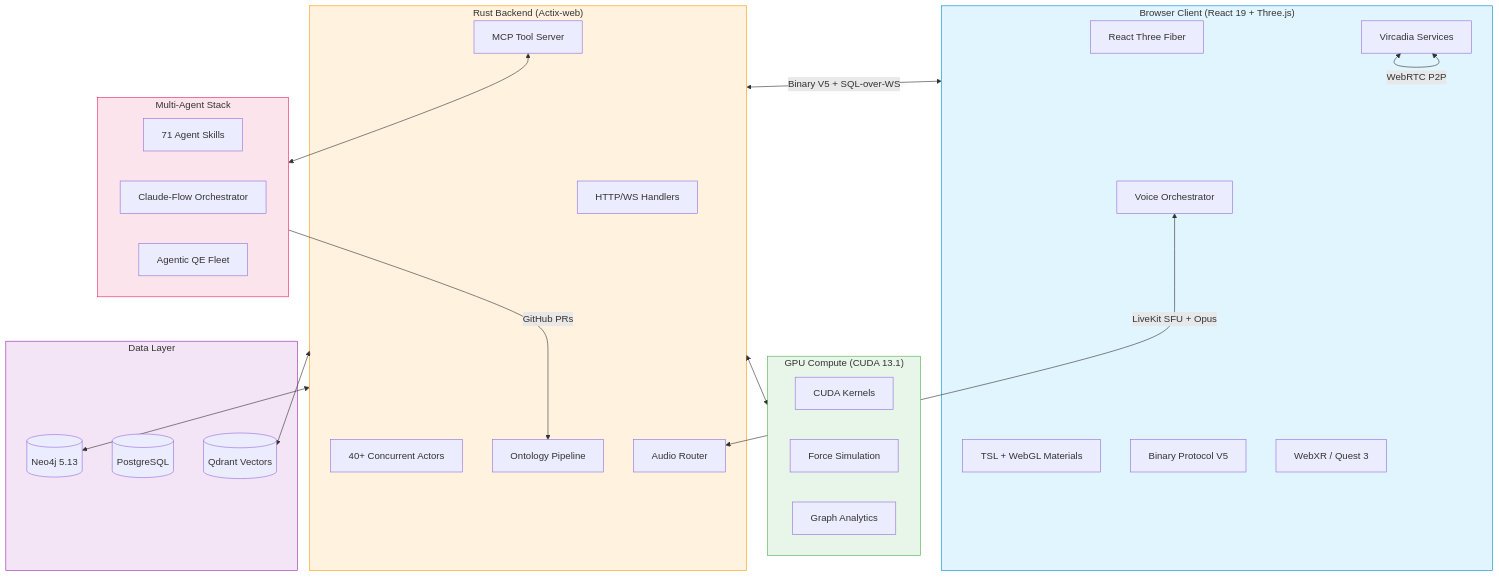
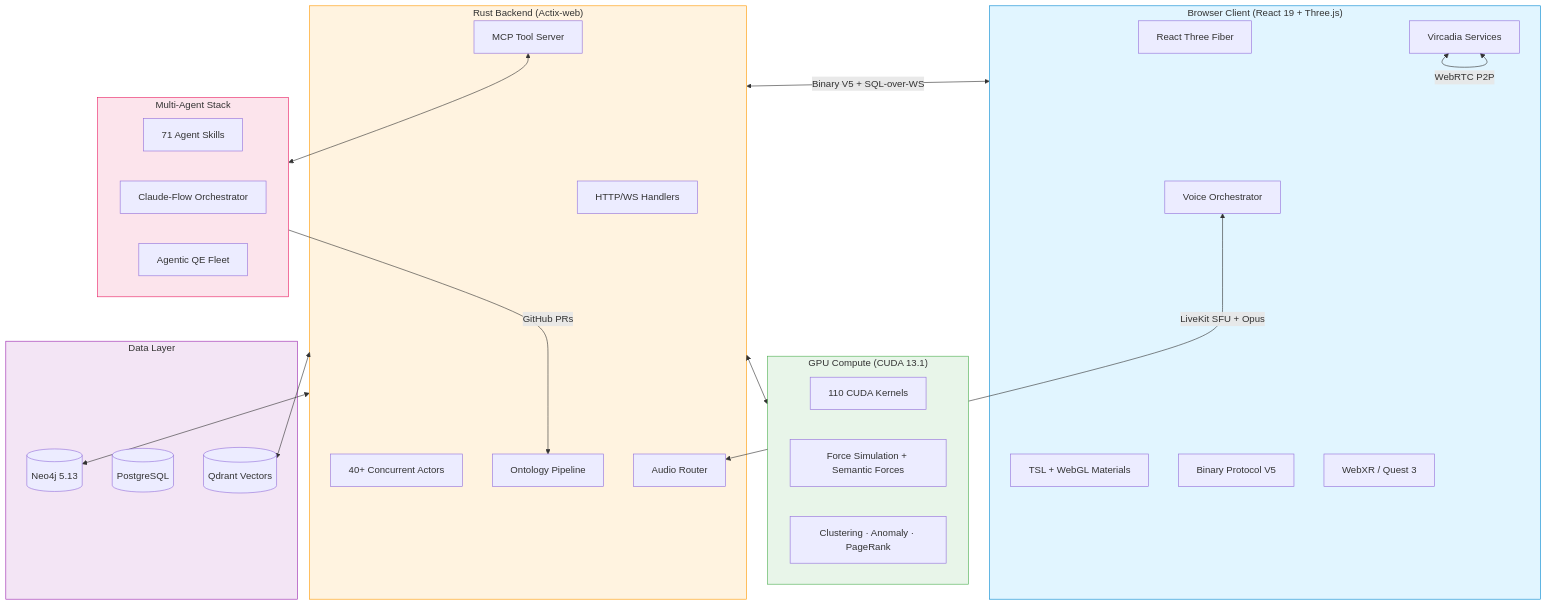
One commit to shaneholloman/logseq-spring-thing changed the third of 4 diagrams in README.md. Above: the diagram before and after it, drawn with Mermaid. The commit also changed other lines of this file, not shown here.

First line of the commit message:
Update README: 110 CUDA kernels verified, GPU analytics pipeline documented

````diff
--- a/README.md
+++ b/README.md
@@ -387,52 +388,52 @@
 ```mermaid
 flowchart TB
     subgraph Client["Browser Client (React 19 + Three.js)"]
         R3F["React Three Fiber"]
         Materials["TSL + WebGL Materials"]
         BinProto["Binary Protocol V5"]
         Voice["Voice Orchestrator"]
         XR["WebXR / Quest 3"]
         Vircadia["Vircadia Services"]
     end
 
     subgraph Server["Rust Backend (Actix-web)"]
         Handlers["HTTP/WS Handlers"]
         Actors["40+ Concurrent Actors"]
         Services["Ontology Pipeline"]
         AudioRouter["Audio Router"]
         MCP["MCP Tool Server"]
     end
 
     subgraph Data["Data Layer"]
         Neo4j[(Neo4j 5.13)]
         PG[(PostgreSQL)]
         Qdrant[(Qdrant Vectors)]
     end
 
     subgraph GPU["GPU Compute (CUDA 13.1)"]
-        Kernels["CUDA Kernels"]
-        Physics["Force Simulation"]
-        Analytics["Graph Analytics"]
+        Kernels["110 CUDA Kernels"]
+        Physics["Force Simulation + Semantic Forces"]
+        Analytics["Clustering · Anomaly · PageRank"]
     end
 
     subgraph Agents["Multi-Agent Stack"]
         Skills["71 Agent Skills"]
         ClaudeFlow["Claude-Flow Orchestrator"]
         AgenticQE["Agentic QE Fleet"]
     end
 
     Client <-->|"Binary V5 + SQL-over-WS"| Server
     Voice <-->|"LiveKit SFU + Opus"| AudioRouter
     Vircadia <-->|"WebRTC P2P"| Vircadia
     Server <--> Neo4j
     Server <--> Qdrant
     Server <--> GPU
     MCP <--> Agents
     Agents -->|"GitHub PRs"| Services
 
     style Client fill:#e1f5ff,stroke:#0288d1
     style Server fill:#fff3e0,stroke:#ff9800
     style Data fill:#f3e5f5,stroke:#9c27b0
     style GPU fill:#e8f5e9,stroke:#4caf50
     style Agents fill:#fce4ec,stroke:#e91e63
 ```
````
